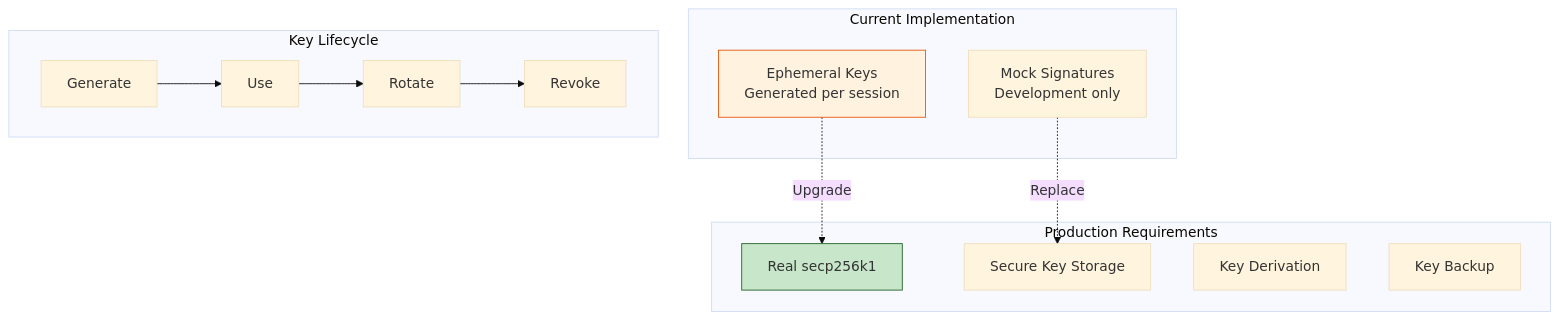
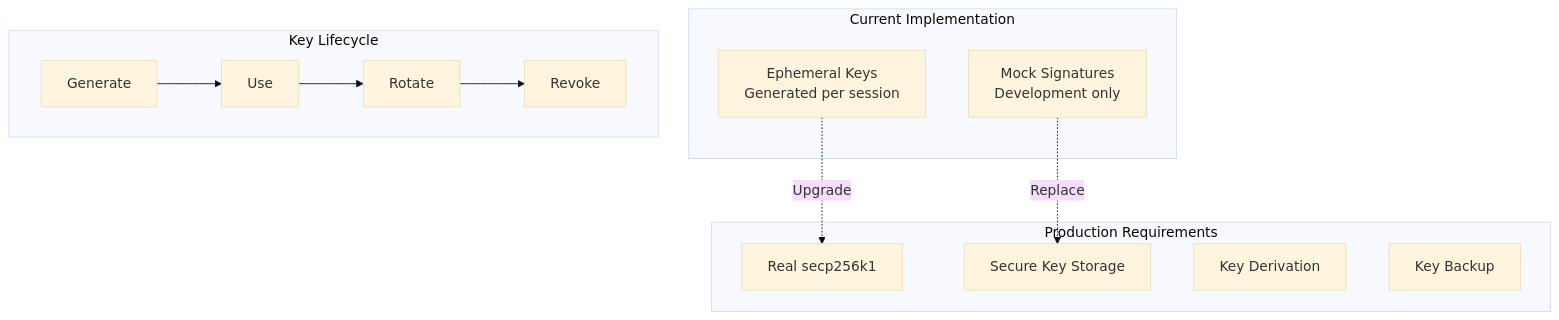
Before and after one commit to o2alexanderfedin/angular-cas-disot: the fifth of 14 diagrams in docs/architecture/security.md, drawn with Mermaid (base theme). The commit also changed other lines of this file and 18 other files, not shown here.

````diff
--- a/docs/architecture/security.md
+++ b/docs/architecture/security.md
@@ -163,31 +160,31 @@
 ```mermaid
 graph TD
     subgraph "Current Implementation"
         EPHEMERAL[Ephemeral Keys<br/>Generated per session]
         MOCK[Mock Signatures<br/>Development only]
     end
     
     subgraph "Production Requirements"
         SECP256K1[Real secp256k1]
         KEY_STORE[Secure Key Storage]
         KEY_DERIVE[Key Derivation]
         KEY_BACKUP[Key Backup]
     end
     
     subgraph "Key Lifecycle"
         GEN[Generate]
         USE[Use]
         ROTATE[Rotate]
         REVOKE[Revoke]
     end
     
     EPHEMERAL -.->|Upgrade| SECP256K1
     MOCK -.->|Replace| KEY_STORE
     
     GEN --> USE
     USE --> ROTATE
     ROTATE --> REVOKE
     
-    style EPHEMERAL fill:#fff3e0,stroke:#e65100
-    style SECP256K1 fill:#c8e6c9,stroke:#1b5e20
+    
+    
 ```
````
